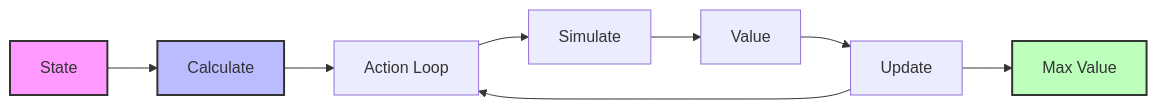
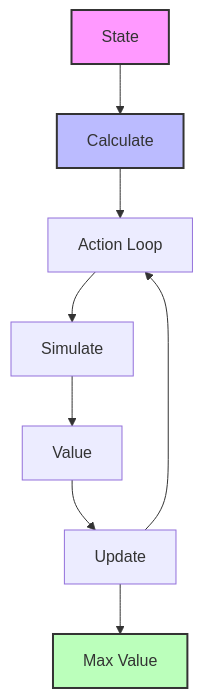
One commit to EconomicScienceInstitute/computational-economics-mahjong-yixuan changed the second of 2 diagrams in README.md. Above: the diagram before and after it, drawn with Mermaid.

Commit message:
Change State Value Calculation Flow to vertical layout

````diff
--- a/README.md
+++ b/README.md
@@ -114,14 +114,14 @@
 ```mermaid
-flowchart LR
+flowchart TD
     A[State] --> B[Calculate]
     B --> C[Action Loop]
     C --> D[Simulate]
     D --> E[Value]
     E --> F[Update]
     F --> C
     F --> G[Max Value]
 
     style A fill:#f9f,stroke:#333,stroke-width:2px
     style B fill:#bbf,stroke:#333,stroke-width:2px
     style G fill:#bfb,stroke:#333,stroke-width:2px
 ```
````
